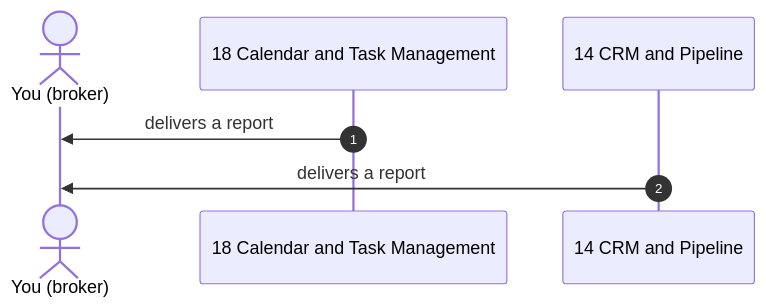
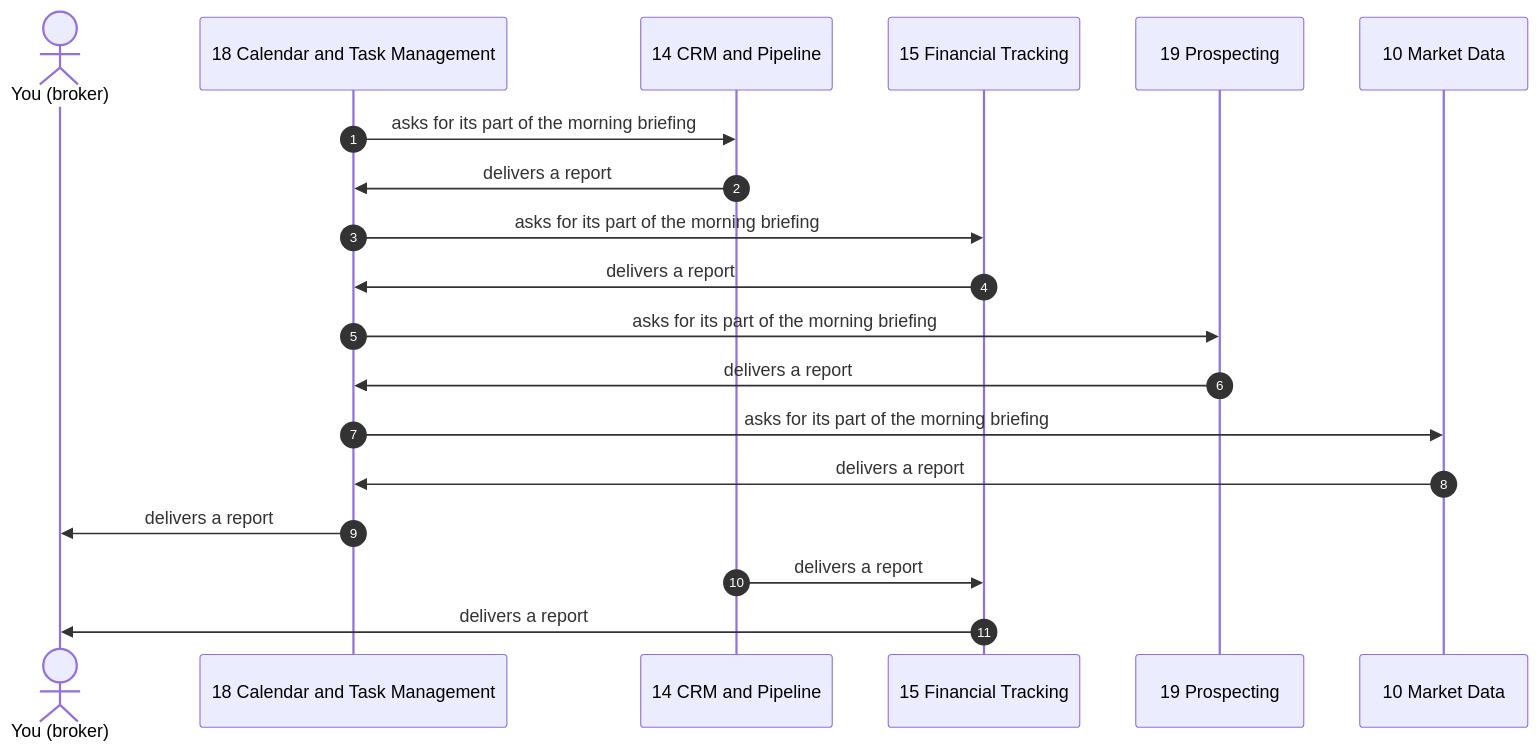
Diagram 18 of 25 in docs/PLAY-BY-PLAY.md (QuietFireAI/listing-assistants), drawn with Mermaid before and after one commit. The commit also changed other lines of this file and 66 other files, not shown here.

First line of the commit message:
Owner walkthrough decisions 2-10 applied; morning briefing sections; evening books

````diff
--- a/docs/PLAY-BY-PLAY.md
+++ b/docs/PLAY-BY-PLAY.md
@@ -908,9 +928,21 @@
 ```mermaid
 sequenceDiagram
     autonumber
     actor B as You (broker)
     participant A18 as 18 Calendar and Task Management
     participant A14 as 14 CRM and Pipeline
+    participant A15 as 15 Financial Tracking
+    participant A19 as 19 Prospecting
+    participant A10 as 10 Market Data
+    A18->>A14: asks for its part of the morning briefing
+    A14->>A18: delivers a report
+    A18->>A15: asks for its part of the morning briefing
+    A15->>A18: delivers a report
+    A18->>A19: asks for its part of the morning briefing
+    A19->>A18: delivers a report
+    A18->>A10: asks for its part of the morning briefing
+    A10->>A18: delivers a report
     A18->>B: delivers a report
-    A14->>B: delivers a report
+    A14->>A15: delivers a report
+    A15->>B: delivers a report
 ```
````
